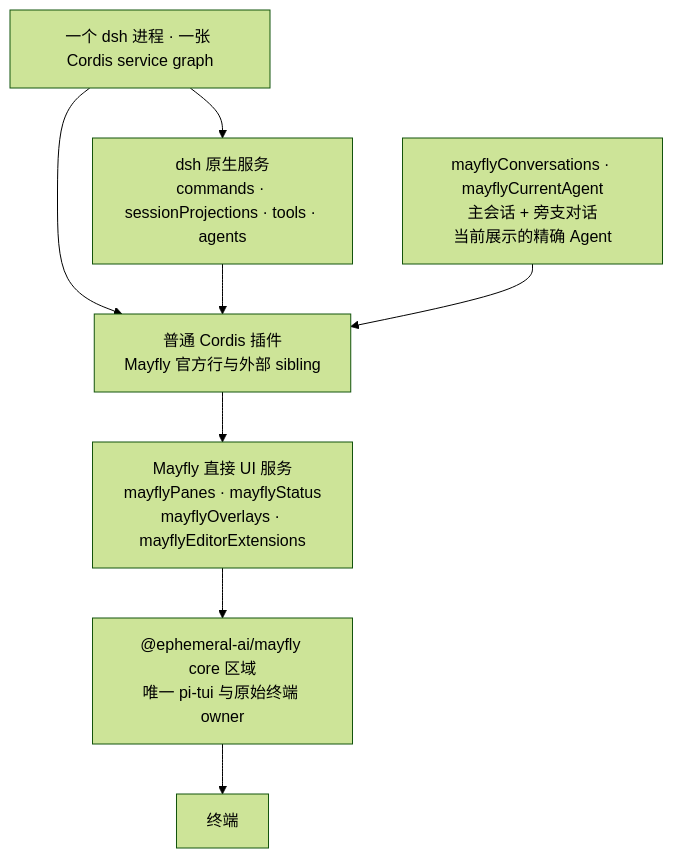
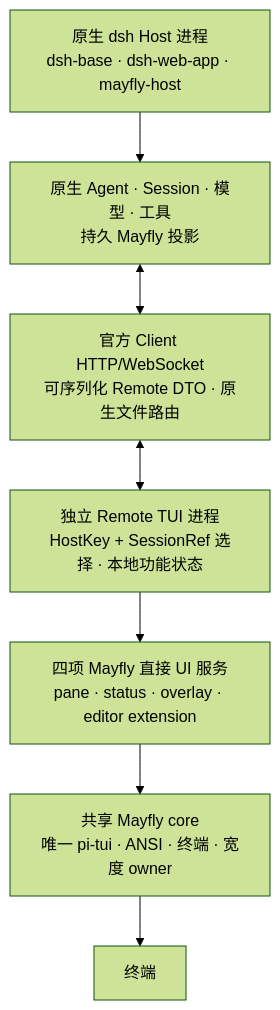
Before and after one commit to Ephemeral-AI-Lab/mayfly: the diagram in README.zh.md, drawn with Mermaid (forest theme). The commit also changed other lines of this file and 14 other files, not shown here.

Commit message:
docs: define the sole Host and Remote split deployment

````diff
--- a/README.zh.md
+++ b/README.zh.md
@@ -142,18 +103,17 @@
 ```mermaid
 flowchart TB
-    ROOT["一个 dsh 进程 · 一张 Cordis service graph"]
-    DSH["dsh 原生服务<br/>commands · sessionProjections · tools · agents"]
-    PLUGIN["普通 Cordis 插件<br/>Mayfly 官方行与外部 sibling"]
-    AGENT["mayflyConversations · mayflyCurrentAgent<br/>主会话 + 旁支对话<br/>当前展示的精确 Agent"]
-    UI["Mayfly 直接 UI 服务<br/>mayflyPanes · mayflyStatus<br/>mayflyOverlays · mayflyEditorExtensions"]
-    CORE["@ephemeral-ai/mayfly core 区域<br/>唯一 pi-tui 与原始终端 owner"]
+    HOST["原生 dsh Host 进程<br/>dsh-base · dsh-web-app · mayfly-host"]
+    STATE["原生 Agent · Session · 模型 · 工具<br/>持久 Mayfly 投影"]
+    WIRE["官方 Client HTTP/WebSocket<br/>可序列化 Remote DTO · 原生文件路由"]
+    REMOTE["独立 Remote TUI 进程<br/>HostKey + SessionRef 选择 · 本地功能状态"]
+    UI["四项 Mayfly 直接 UI 服务<br/>pane · status · overlay · editor extension"]
+    CORE["共享 Mayfly core<br/>唯一 pi-tui · ANSI · 终端 · 宽度 owner"]
     TERM["终端"]
 
-    ROOT --> DSH
-    ROOT --> PLUGIN
-    DSH --> PLUGIN
-    AGENT --> PLUGIN
-    PLUGIN --> UI
+    HOST --> STATE
+    STATE <--> WIRE
+    WIRE <--> REMOTE
+    REMOTE --> UI
     UI --> CORE
     CORE --> TERM
 ```
````
